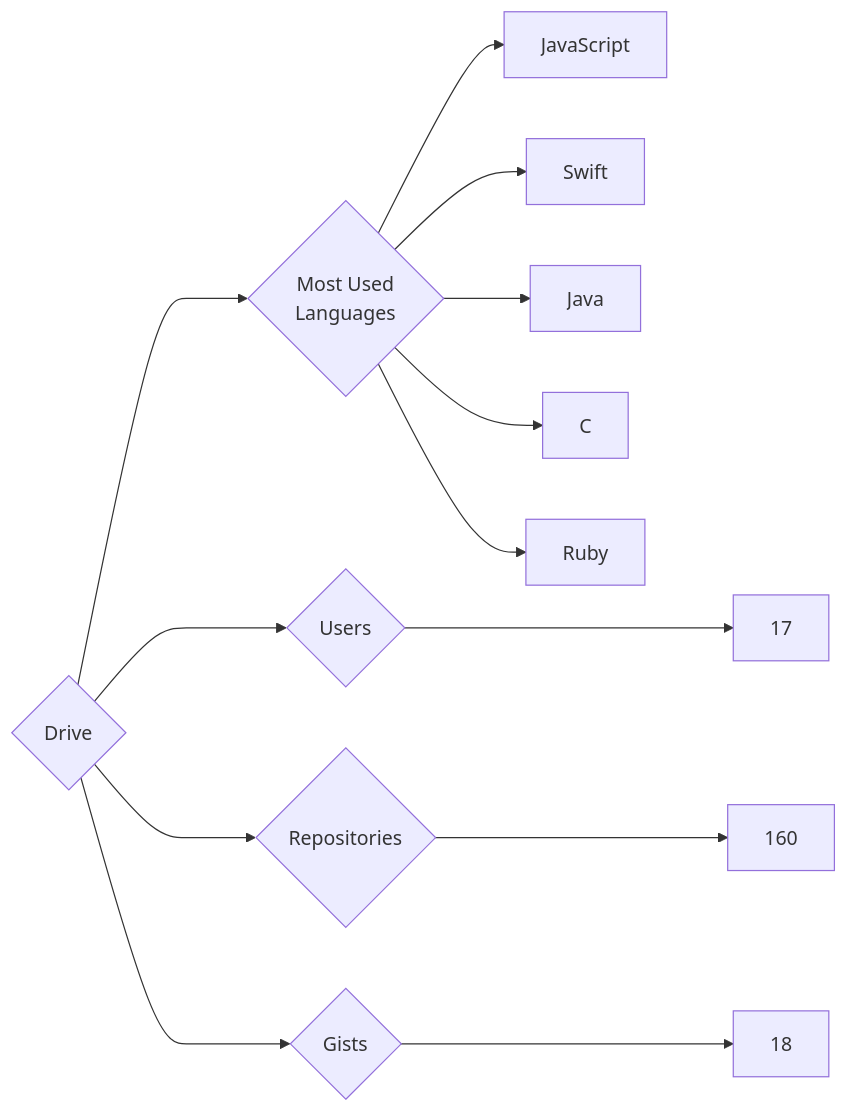
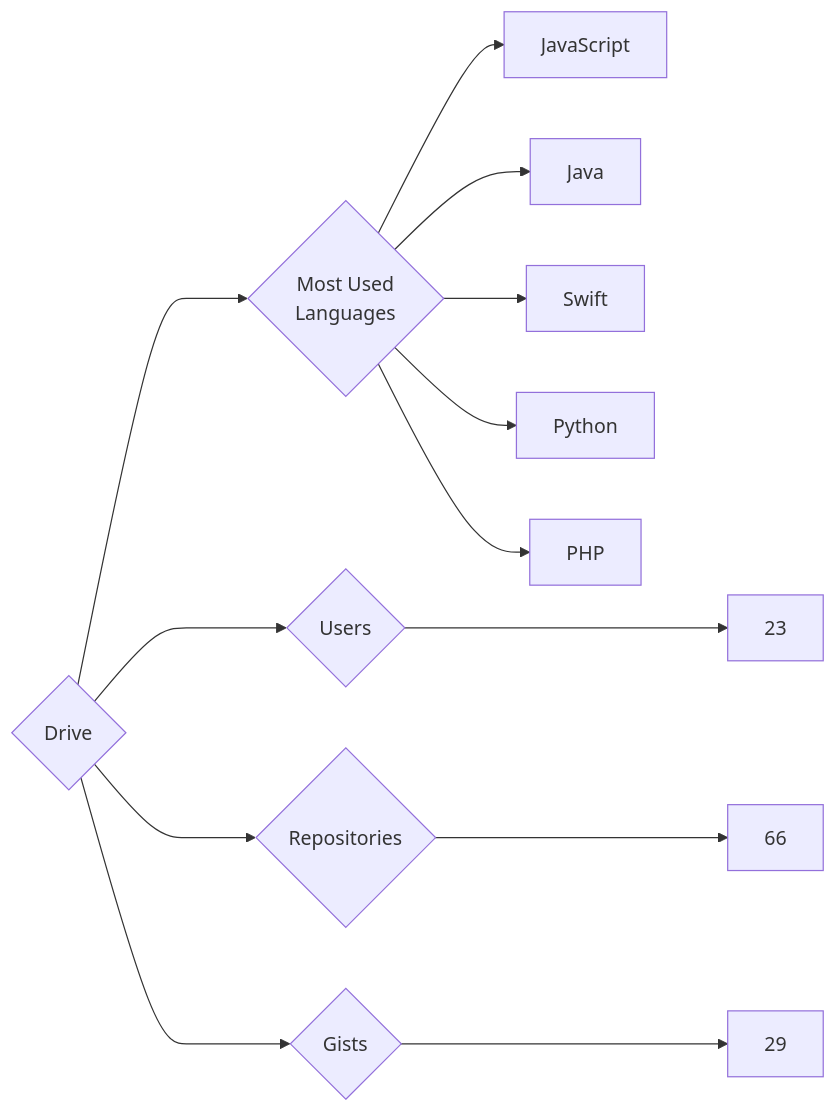
One commit to trickest/insiders changed the diagram in targets/Drive/README.md. Above: the diagram before and after it, drawn with Mermaid. The commit also changed 914 other files, not shown here.

````diff
--- a/targets/Drive/README.md
+++ b/targets/Drive/README.md
@@ -3,13 +3,13 @@
 ```mermaid
 graph LR
 COMPANY_NAME{Drive}
-COMPANY_NAME ---> U{Users} ---> UN[17]
-COMPANY_NAME ---> R{Repositories} ---> RN[160]
-COMPANY_NAME ---> G{Gists} ---> GN[18]
+COMPANY_NAME ---> U{Users} ---> UN[23]
+COMPANY_NAME ---> R{Repositories} ---> RN[66]
+COMPANY_NAME ---> G{Gists} ---> GN[29]
 COMPANY_NAME ---> ML{Most Used<br>Languages}
 ML --> JavaScript[JavaScript]
+ML --> Java[Java]
 ML --> Swift[Swift]
-ML --> Java[Java]
-ML --> C[C]
-ML --> Ruby[Ruby]
+ML --> Python[Python]
+ML --> PHP[PHP]
 ```
````
